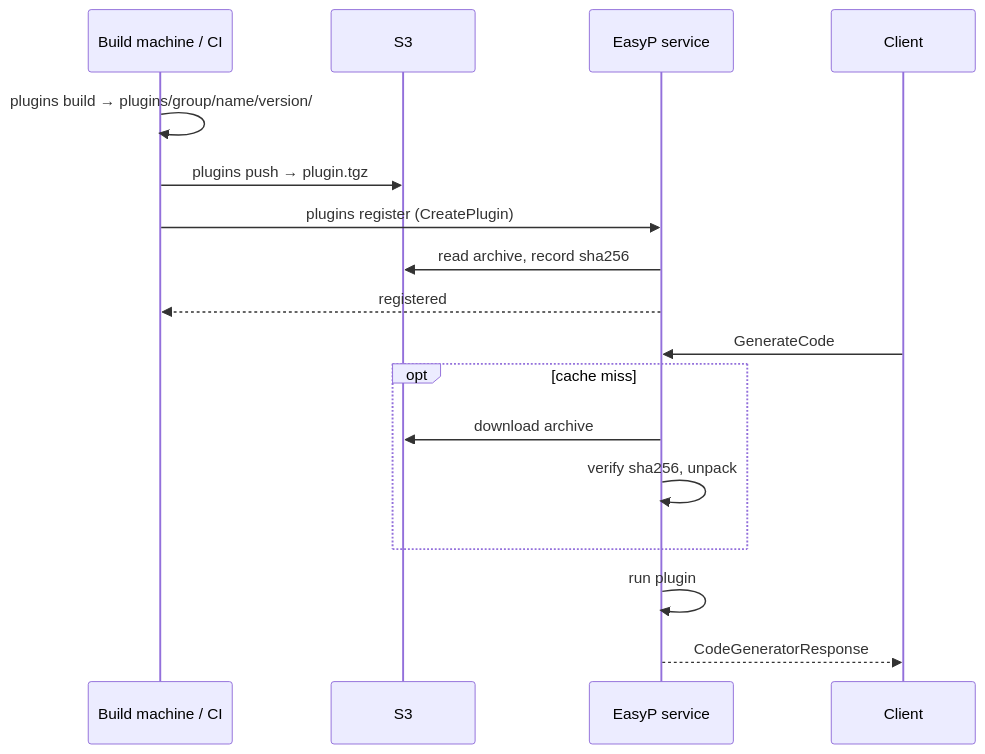
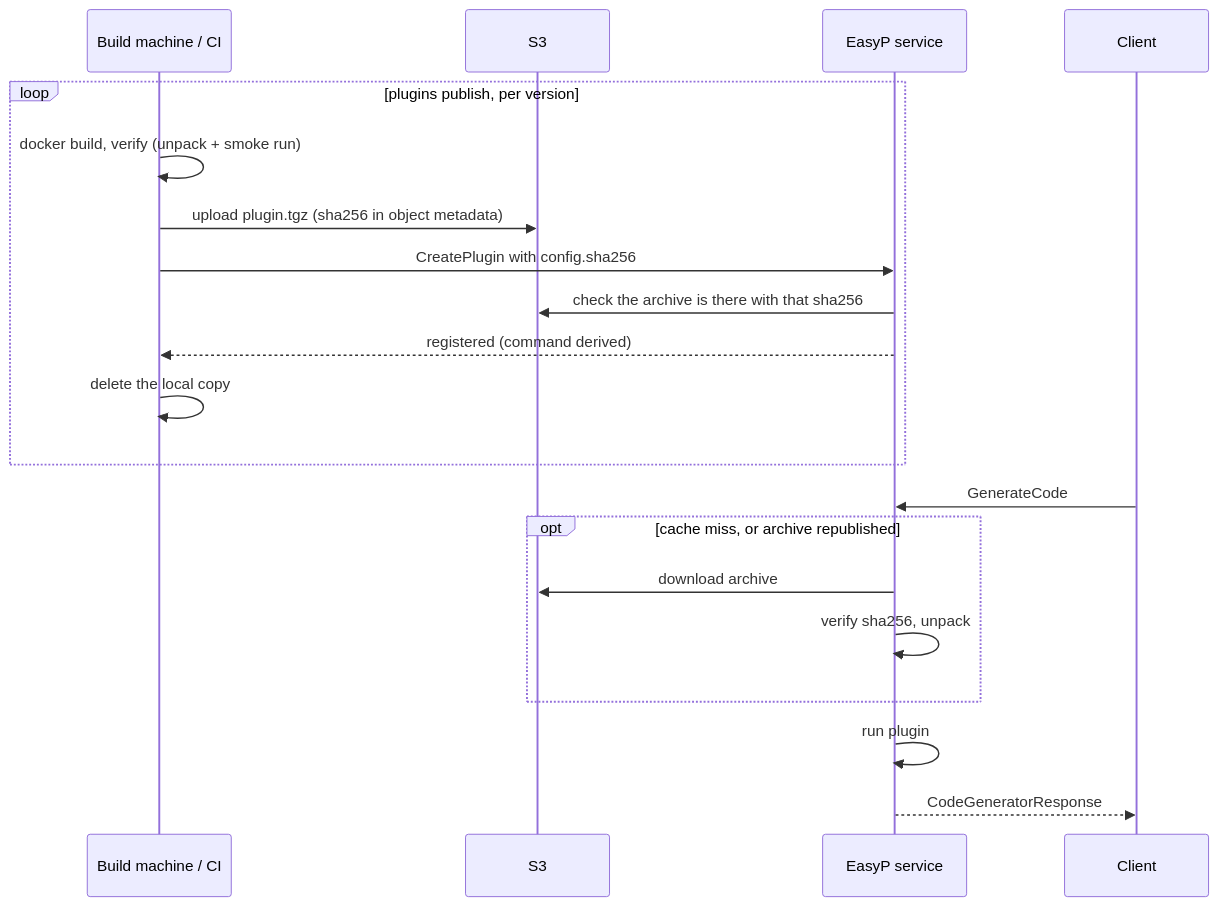
One commit to easyp-tech/docs changed the diagram in content/docs/api-service/plugins.mdx. Above: the diagram before and after it, drawn with Mermaid. The commit also changed other lines of this file and 19 other files, not shown here.

First line of the commit message:
api-service: plugins publish replaces push, register and pack (v1.2.0) (#5)

````diff
--- a/content/docs/api-service/plugins.mdx
+++ b/content/docs/api-service/plugins.mdx
@@ -86,19 +86,22 @@
 ```mermaid
 sequenceDiagram
   participant B as Build machine / CI
   participant S3 as S3
   participant Svc as EasyP service
   participant C as Client
-  B->>B: plugins build → plugins/group/name/version/
-  B->>S3: plugins push → plugin.tgz
-  B->>Svc: plugins register (CreatePlugin)
-  Svc->>S3: read archive, record sha256
-  Svc-->>B: registered
+  loop plugins publish, per version
+    B->>B: docker build, verify (unpack + smoke run)
+    B->>S3: upload plugin.tgz (sha256 in object metadata)
+    B->>Svc: CreatePlugin with config.sha256
+    Svc->>S3: check the archive is there with that sha256
+    Svc-->>B: registered (command derived)
+    B->>B: delete the local copy
+  end
   C->>Svc: GenerateCode
-  opt cache miss
+  opt cache miss, or archive republished
     Svc->>S3: download archive
     Svc->>Svc: verify sha256, unpack
   end
   Svc->>Svc: run plugin
   Svc-->>C: CodeGeneratorResponse
 ```
````
